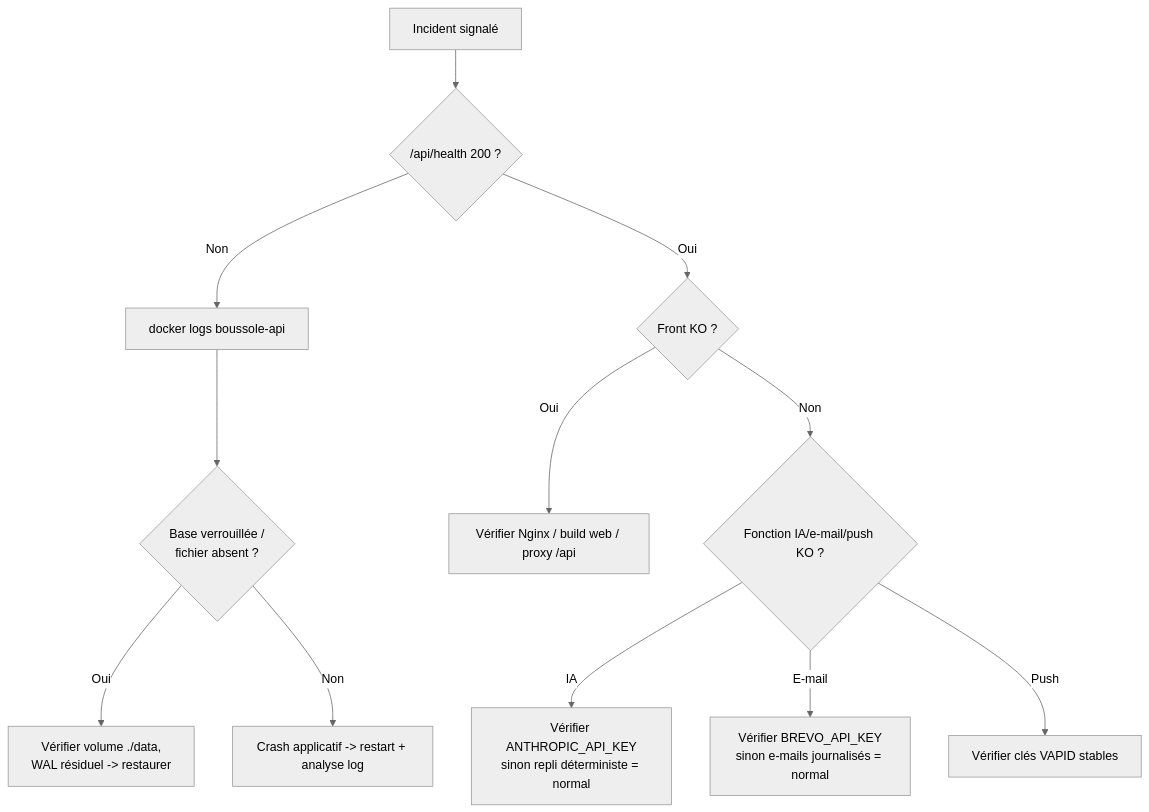
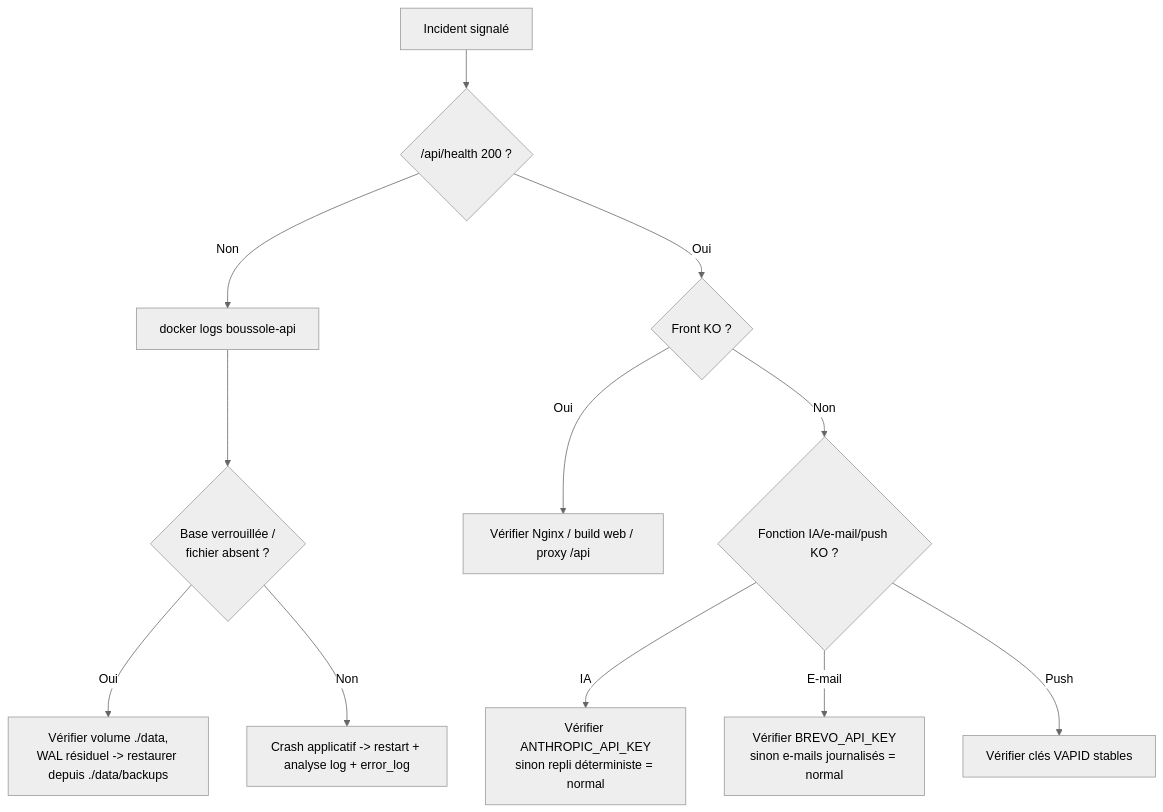
The eighth of 8 diagrams in app/api/src/wiki/content/operations.md (melafrit/FAD130_accompagnement_pro), drawn with Mermaid (neutral theme) before and after one commit. The commit also changed other lines of this file and 14 other files, not shown here.

````diff
--- a/app/api/src/wiki/content/operations.md
+++ b/app/api/src/wiki/content/operations.md
@@ -334,14 +383,14 @@
 ```mermaid
 flowchart TD
   I[Incident signalé] --> H{/api/health 200 ?}
   H -->|Non| L[docker logs boussole-api]
   L --> DB{Base verrouillée /<br/>fichier absent ?}
-  DB -->|Oui| Rec[Vérifier volume ./data,<br/>WAL résiduel -> restaurer]
-  DB -->|Non| Crash[Crash applicatif -> restart + analyse log]
+  DB -->|Oui| Rec[Vérifier volume ./data,<br/>WAL résiduel -> restaurer depuis ./data/backups]
+  DB -->|Non| Crash[Crash applicatif -> restart + analyse log + error_log]
   H -->|Oui| F{Front KO ?}
   F -->|Oui| N[Vérifier Nginx / build web / proxy /api]
   F -->|Non| Fonc{Fonction IA/e-mail/push KO ?}
   Fonc -->|IA| IA[Vérifier ANTHROPIC_API_KEY<br/>sinon repli déterministe = normal]
   Fonc -->|E-mail| EM[Vérifier BREVO_API_KEY<br/>sinon e-mails journalisés = normal]
   Fonc -->|Push| PU[Vérifier clés VAPID stables]
 ```
````
